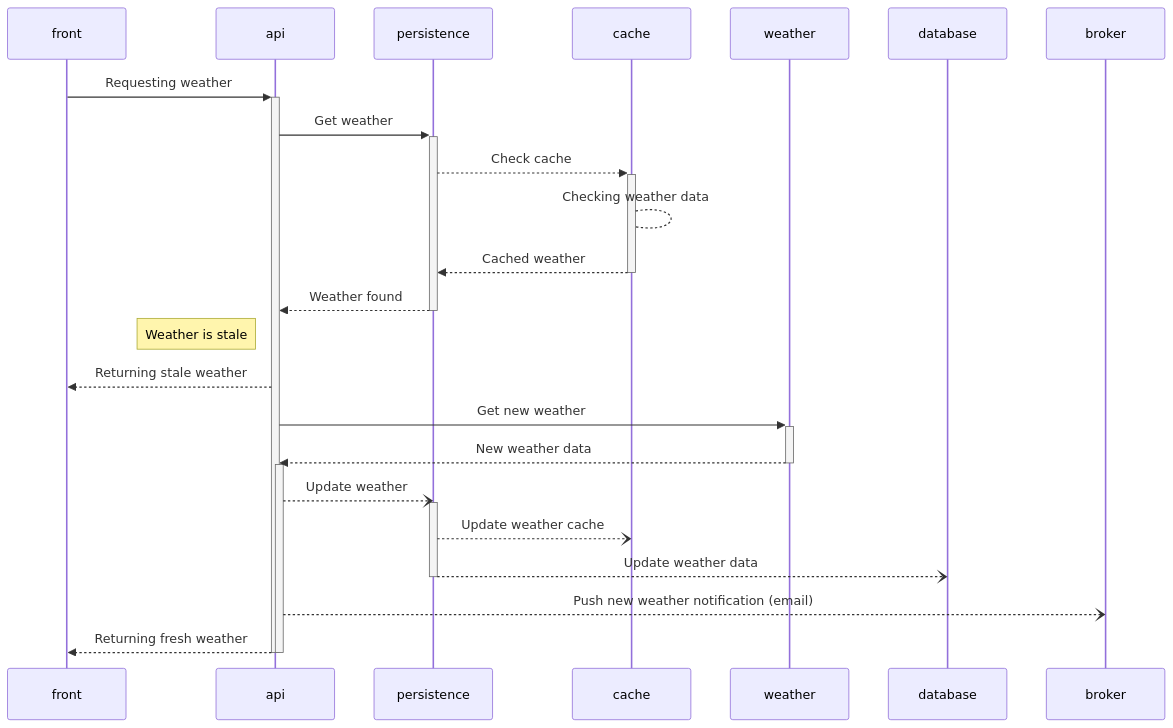
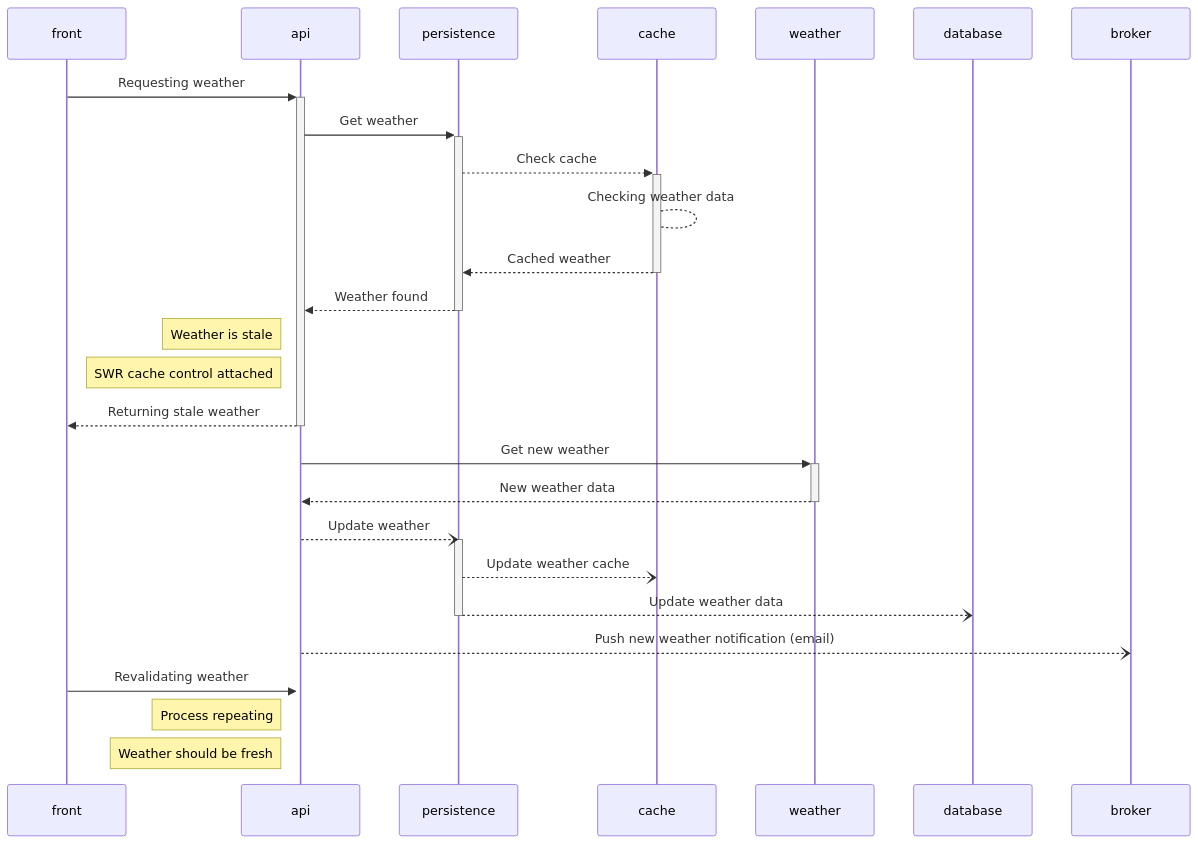
Before and after one commit to slainless/skywatch: the second of 5 diagrams in docs/PERSISTENCE_FLOW.md, drawn with Mermaid. The commit also changed other lines of this file, not shown here.

Commit message:
docs: fix SWR flow

````diff
--- a/docs/PERSISTENCE_FLOW.md
+++ b/docs/PERSISTENCE_FLOW.md
@@ -40,31 +46,33 @@
 ```mermaid
 sequenceDiagram
   front->>+api: Requesting weather
 
   api->>+persistence: Get weather
 
   persistence-->>+cache: Check cache
   cache-->cache: Checking weather data
   cache-->>-persistence: Cached weather
 
   persistence-->>-api: Weather found
   note left of api: Weather is stale
+  note left of api: SWR cache control attached
 
-  api-->>front: Returning stale weather
+  api-->>-front: Returning stale weather
 
   api->>+weather: Get new weather
   weather-->>-api: New weather data
 
-  activate api
 
   api--)persistence: Update weather
   activate persistence
   persistence--)cache: Update weather cache
   persistence--)database: Update weather data
   deactivate persistence
   
   api--)broker: Push new weather notification (email)
 
-  api-->>-front: Returning fresh weather
-  deactivate api
+  front->>+api: Revalidating weather
+  note left of api: Process repeating
+  note left of api: Weather should be fresh
+
 ```
````
